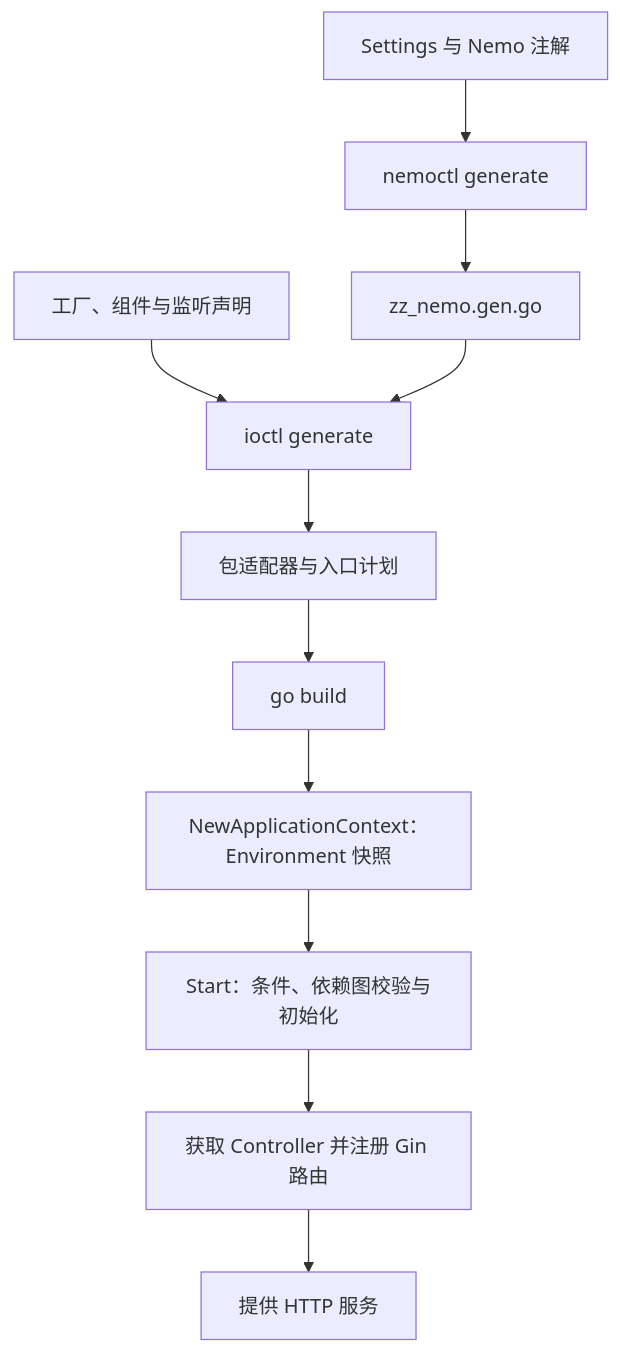
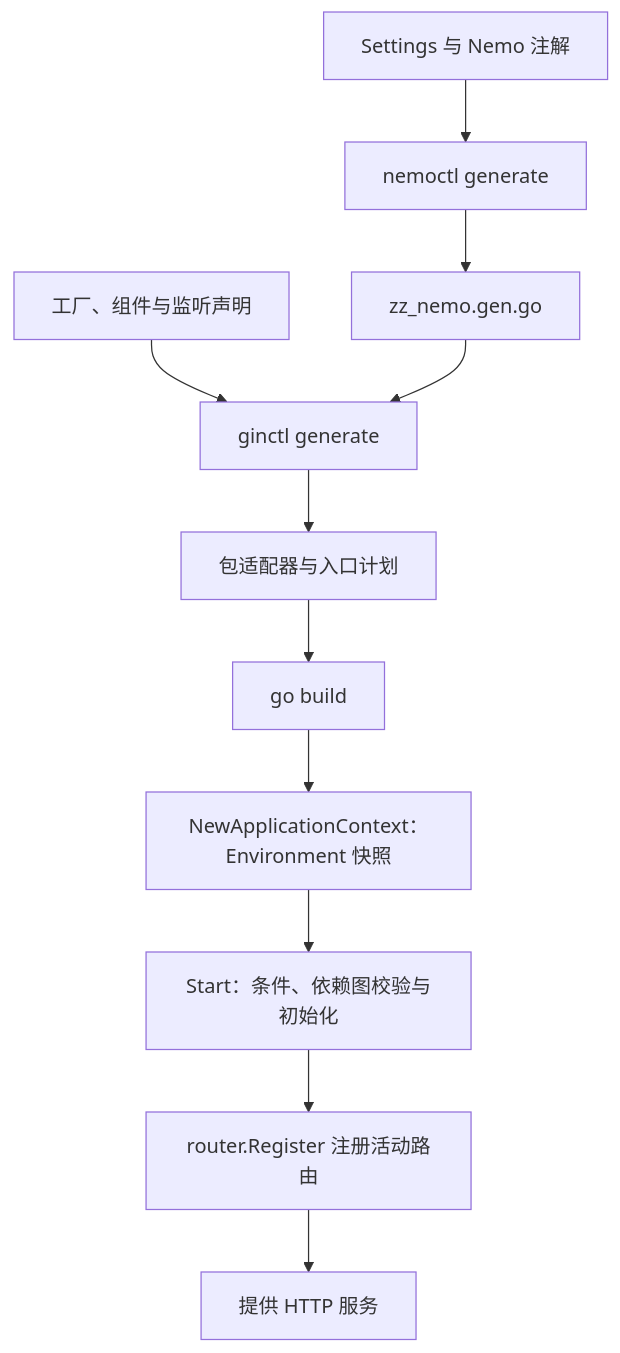
One commit to longxi-go/ioc changed the first of 2 diagrams in examples/coffee/docs/integration.zh_CN.md. Above: the diagram before and after it, drawn with Mermaid. The commit also changed other lines of this file and 150 other files, not shown here.

````diff
--- a/examples/coffee/docs/integration.zh_CN.md
+++ b/examples/coffee/docs/integration.zh_CN.md
@@ -10,13 +10,13 @@
 ```mermaid
 flowchart TD
     Config[Settings 与 Nemo 注解] --> NemoCLI[nemoctl generate]
     NemoCLI --> Binding[zz_nemo.gen.go]
-    Beans[工厂、组件与监听声明] --> IoCCLI[ioctl generate]
+    Beans[工厂、组件与监听声明] --> IoCCLI[ginctl generate]
     Binding --> IoCCLI
     IoCCLI --> Adapters[包适配器与入口计划]
     Adapters --> Build[go build]
     Build --> Bootstrap["NewApplicationContext：Environment 快照"]
     Bootstrap --> Start["Start：条件、依赖图校验与初始化"]
-    Start --> Routes[获取 Controller 并注册 Gin 路由]
+    Start --> Routes[router.Register 注册活动路由]
     Routes --> HTTP[提供 HTTP 服务]
 ```
````
